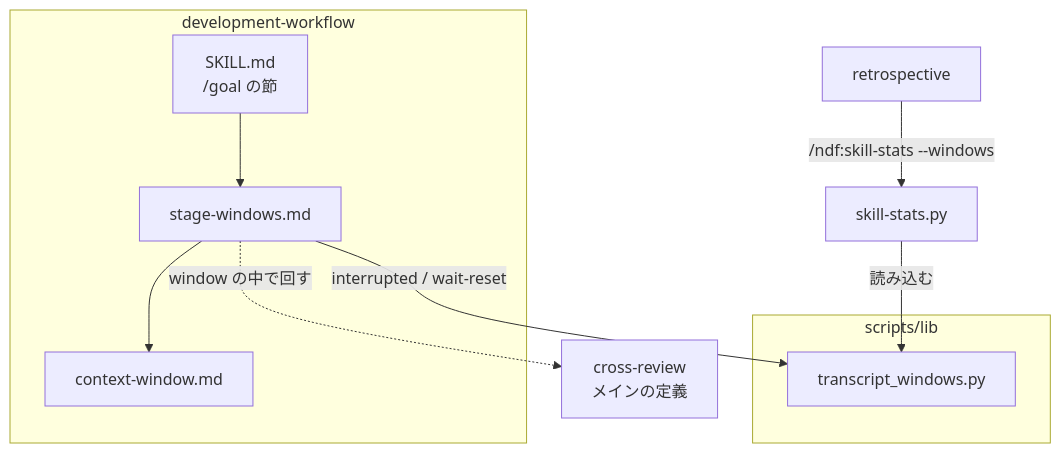
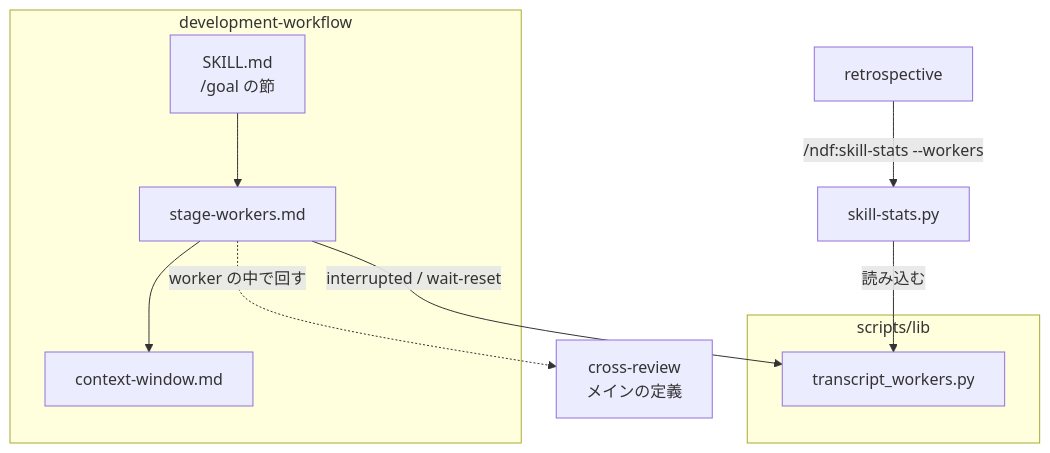
The second of 6 diagrams in issues/issue-550-657-design.md (devbasex/ai-plugins), drawn with Mermaid before and after one commit. The commit also changed other lines of this file and 2 other files, not shown here.

First line of the commit message:
Docs: 用語を supervisor / worker / context window にする（#550 #657）

````diff
--- a/issues/issue-550-657-design.md
+++ b/issues/issue-550-657-design.md
@@ -204,20 +220,20 @@
 ```mermaid
 graph TD
     subgraph DW[development-workflow]
         SK[SKILL.md<br/>/goal の節]
-        SW[stage-windows.md]
+        SW[stage-workers.md]
         CW[context-window.md]
     end
     subgraph LIB[scripts/lib]
-        TW[transcript_windows.py]
+        TW[transcript_workers.py]
     end
     SS[skill-stats.py]
     RT[retrospective]
     CR[cross-review<br/>メインの定義]
     SK --> SW
     SW --> CW
     SW -->|interrupted / wait-reset| TW
     SS -->|読み込む| TW
-    RT -->|/ndf:skill-stats --windows| SS
-    SW -.window の中で回す.-> CR
+    RT -->|/ndf:skill-stats --workers| SS
+    SW -.worker の中で回す.-> CR
 ```
````
